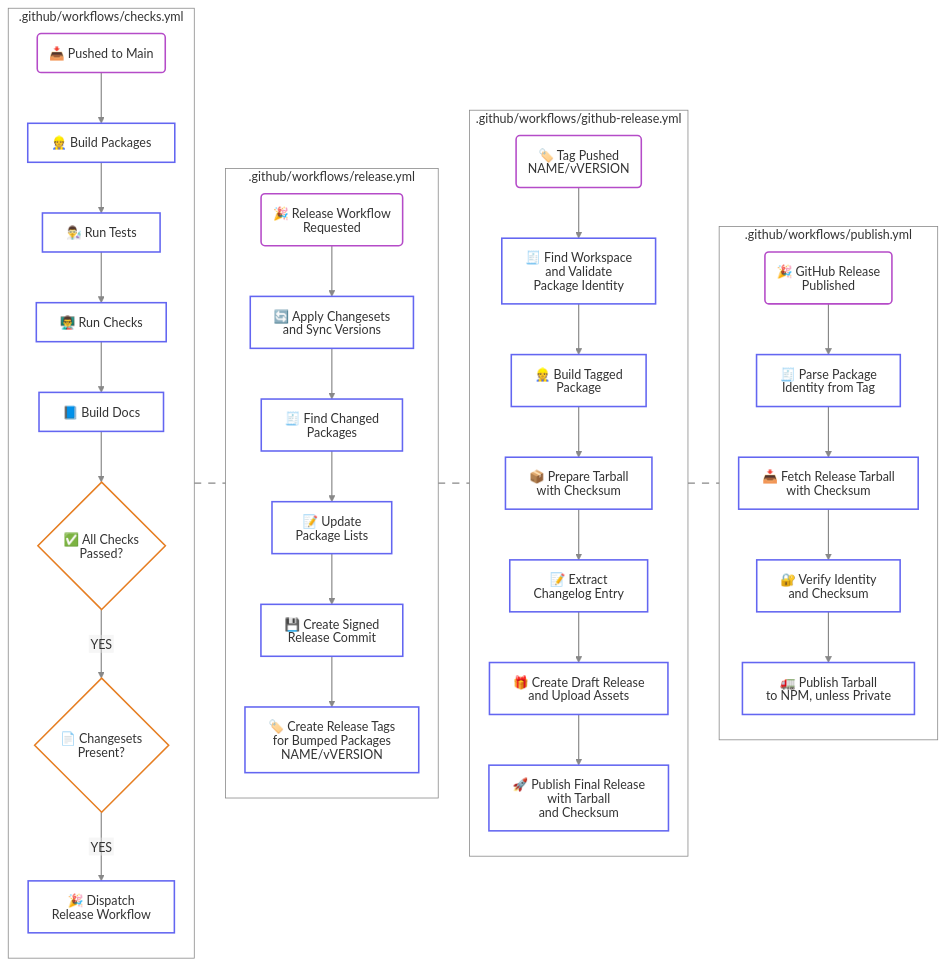
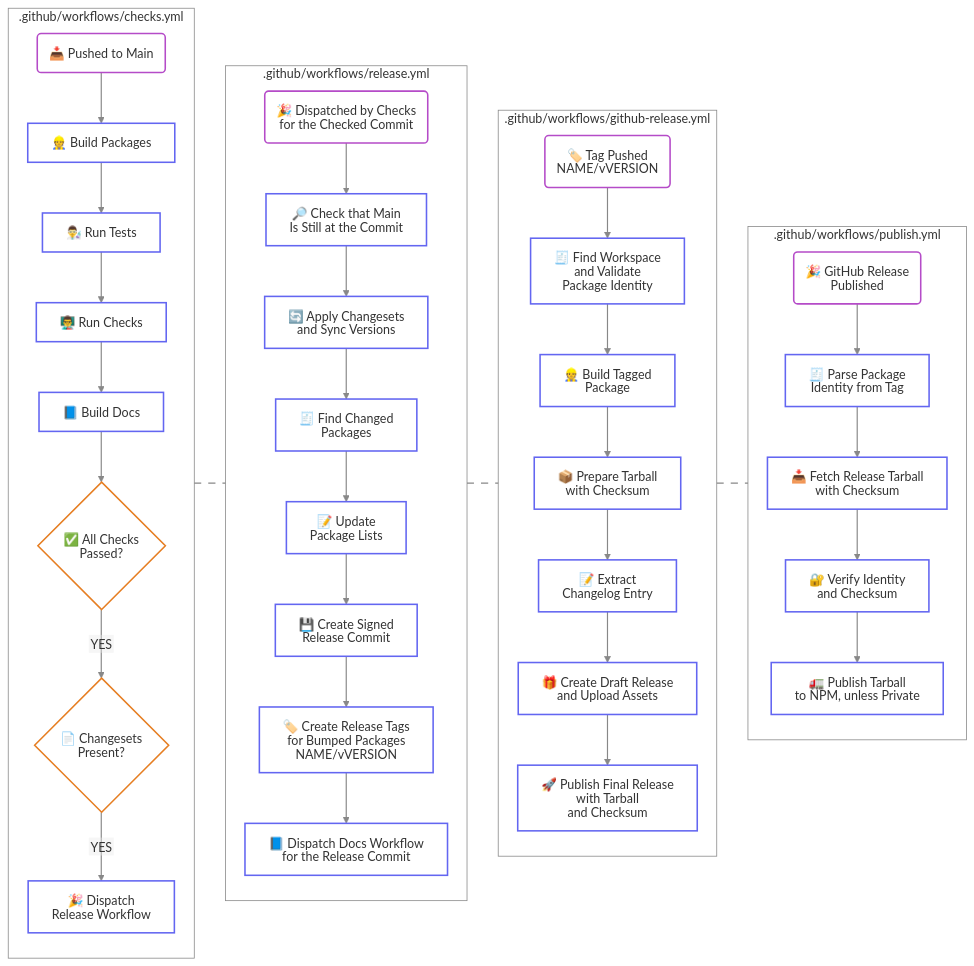
Before and after one commit to simbo/packages: the diagram in README.md, drawn with Mermaid. The commit also changed other lines of this file and 5 other files, not shown here.

First line of the commit message:
ci(repo): dispatch release and docs workflows with gh workflow run

```diff
--- a/README.md
+++ b/README.md
@@ -257,19 +262,23 @@
   end
 
   subgraph ReleaseWorkflow[".github/workflows/release.yml"]
-    ReleaseEvent@{ shape: rounded, label: "🎉 Release Workflow<br>Requested" }
+    ReleaseEvent@{ shape: rounded, label: "🎉 Dispatched by Checks<br>for the Checked Commit" }
+    CheckCommit["🔎 Check that Main<br>Is Still at the Commit"]
     IntegrateChangesets["🔄 Apply Changesets<br>and Sync Versions"]
     CollectPackages["🧾 Find Changed<br>Packages"]
     UpdatePackageDocs["📝 Update<br>Package Lists"]
     CommitAndPushChanges["💾 Create Signed<br>Release Commit"]
     PushReleaseTags["🏷️ Create Release Tags<br>for Bumped Packages<br>NAME/vVERSION"]
+    DocsDispatch["📘 Dispatch Docs Workflow<br>for the Release Commit"]
 
     direction TB
-    ReleaseEvent --> IntegrateChangesets
+    ReleaseEvent --> CheckCommit
+    CheckCommit --> IntegrateChangesets
     IntegrateChangesets --> CollectPackages
     CollectPackages --> UpdatePackageDocs
     UpdatePackageDocs --> CommitAndPushChanges
     CommitAndPushChanges --> PushReleaseTags
+    PushReleaseTags --> DocsDispatch
   end
 
   subgraph GitHubReleaseWorkflow[".github/workflows/github-release.yml"]
@@ -320,7 +329,7 @@
   class PushToMain,TagEvent,ReleaseEvent,ReleasePublished event
 
   classDef step stroke:#6366F1,stroke-width:2px,fill:transparent;
-  class BuildPackages,RunTests,RunChecks,BuildDocs,ReleaseEventDispatch,IntegrateChangesets,CollectPackages,UpdatePackageDocs,CommitAndPushChanges,PushReleaseTags,ValidateRelease,BuildPackage,PackTarball,ExtractChangelogEntry,UploadDraft,PublishRelease,ValidatePublish,DownloadArchive,VerifyDownload,PublishToNpm step
+  class BuildPackages,RunTests,RunChecks,BuildDocs,ReleaseEventDispatch,CheckCommit,DocsDispatch,IntegrateChangesets,CollectPackages,UpdatePackageDocs,CommitAndPushChanges,PushReleaseTags,ValidateRelease,BuildPackage,PackTarball,ExtractChangelogEntry,UploadDraft,PublishRelease,ValidatePublish,DownloadArchive,VerifyDownload,PublishToNpm step
 
   classDef gate stroke:#E67E22,stroke-width:2px,fill:transparent
   class ChecksPassed,Changesets gate
```
